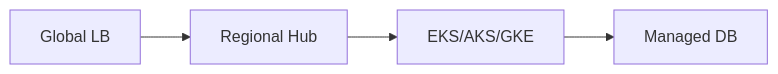
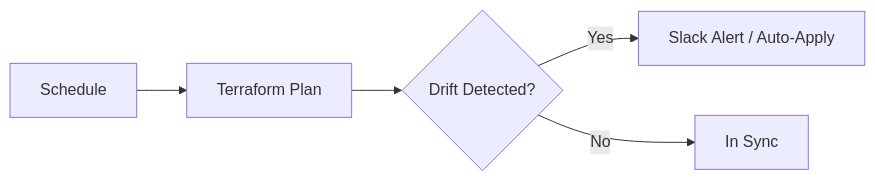
One commit to Devopstrio/terraform-modules changed the eighth of 10 diagrams in README.md. Above: the diagram before and after it, drawn with Mermaid. The commit also changed other lines of this file, not shown here.

Commit message:
docs: implement 10+ professional architecture diagrams for atomic iac modules

````diff
--- a/README.md
+++ b/README.md
@@ -115,6 +204,7 @@
 ```mermaid
 graph LR
-    LB[Global LB] --> Net[Regional Hub]
-    Net --> K8s[EKS/AKS/GKE]
-    K8s --> DB[Managed DB]
+    Timer[Schedule] --> Plan[Terraform Plan]
+    Plan --> Diff{Drift Detected?}
+    Diff -->|Yes| Alert[Slack Alert / Auto-Apply]
+    Diff -->|No| Success[In Sync]
 ```
````
